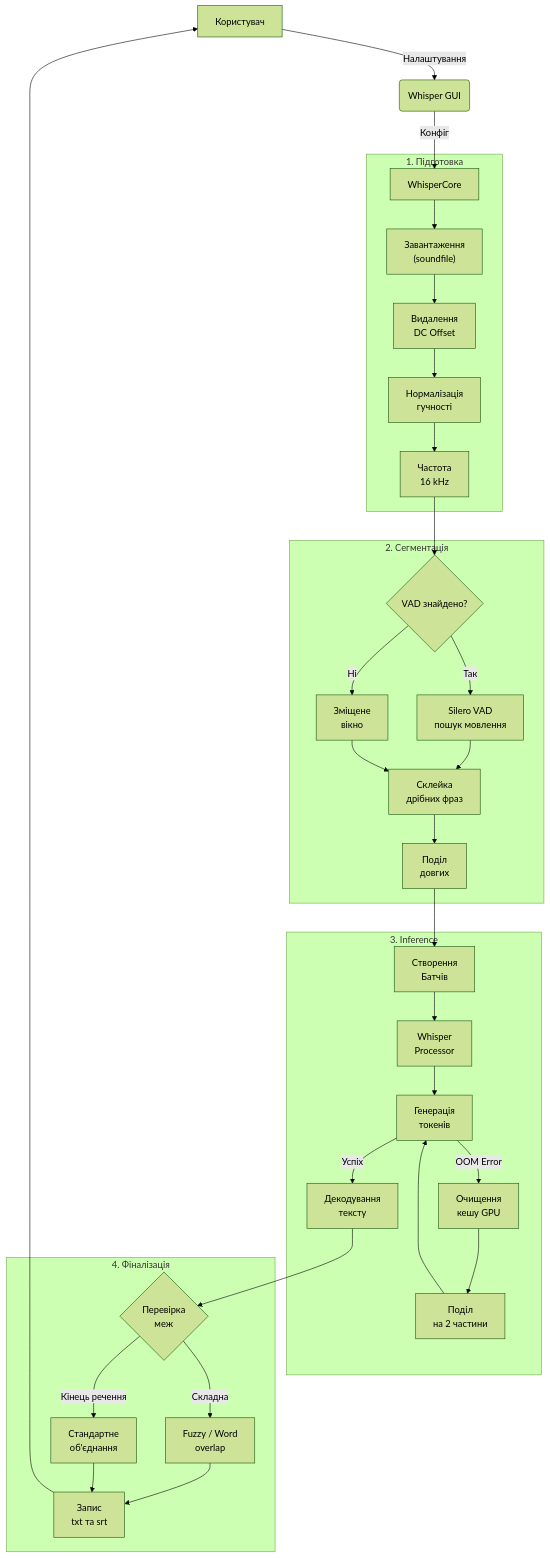
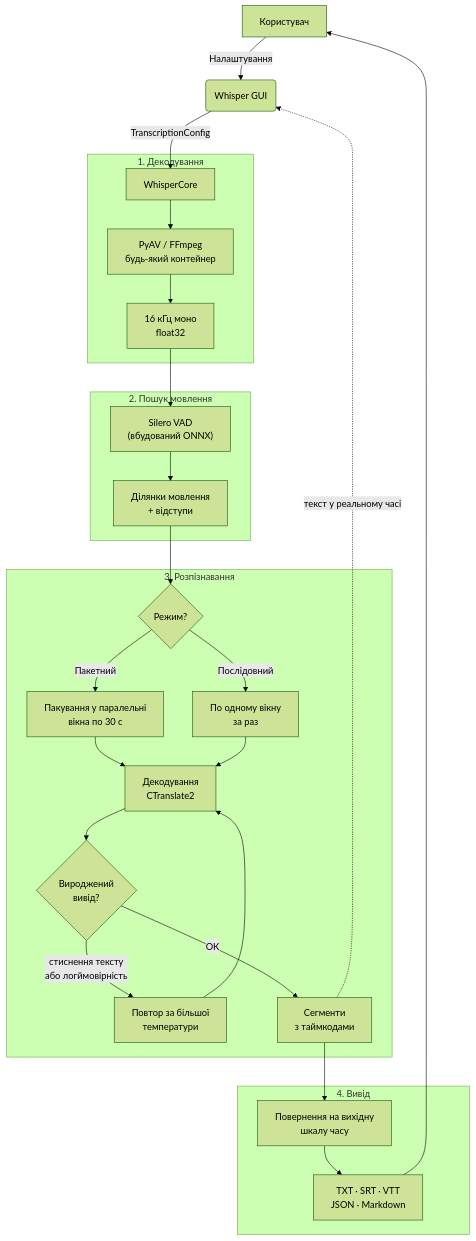
The first of 2 diagrams in README.uk.md (Anim-2022/Whisper), drawn with Mermaid (forest theme) before and after one commit. The commit also changed other lines of this file and 4 other files, not shown here.

````diff
--- a/README.uk.md
+++ b/README.uk.md
@@ -128,44 +167,35 @@
 ```mermaid
 graph TD
     A["Користувач"] -->|"Налаштування"| B("Whisper GUI")
-    B -->|"Конфіг"| C["WhisperCore"]
-    
-    subgraph step1 ["1. Підготовка"]
-        C --> D["Завантаження<br/>(soundfile)"]
-        D --> E["Видалення<br/>DC Offset"]
-        E --> F["Нормалізація<br/>гучності"]
-        F --> G["Частота<br/>16 kHz"]
+    B -->|"TranscriptionConfig"| C["WhisperCore"]
+
+    subgraph step1 ["1. Декодування"]
+        C --> D["PyAV / FFmpeg<br/>будь-який контейнер"]
+        D --> E["16 кГц моно<br/>float32"]
     end
-    
-    subgraph step2 ["2. Сегментація"]
-        G --> H{"VAD знайдено?"}
-        H -->|"Так"| I["Silero VAD<br/>пошук мовлення"]
-        H -->|"Ні"| J["Зміщене<br/>вікно"]
-        I --> K["Склейка<br/>дрібних фраз"]
+
+    subgraph step2 ["2. Пошук мовлення"]
+        E --> F["Silero VAD<br/>(вбудований ONNX)"]
+        F --> G["Ділянки мовлення<br/>+ відступи"]
+    end
+
+    subgraph step3 ["3. Розпізнавання"]
+        G --> H{"Режим?"}
+        H -->|"Пакетний"| I["Пакування у паралельні<br/>вікна по 30 с"]
+        H -->|"Послідовний"| J["По одному вікну<br/>за раз"]
+        I --> K["Декодування<br/>CTranslate2"]
         J --> K
-        K --> L["Поділ<br/>довгих"]
+        K --> L{"Вироджений<br/>вивід?"}
+        L -->|"стиснення тексту<br/>або логймовірність"| M["Повтор за більшої<br/>температури"]
+        M --> K
+        L -->|"ОК"| N["Сегменти<br/>з таймкодами"]
     end
-    
-    subgraph step3 ["3. Inference"]
-        L --> M["Створення<br/>Батчів"]
-        M --> N["Whisper<br/>Processor"]
-        N --> O["Генерація<br/>токенів"]
-        
-        O -->|"OOM Error"| P["Очищення<br/>кешу GPU"]
-        P --> Q["Поділ<br/>на 2 частини"]
-        Q --> O
-        
-        O -->|"Успіх"| R["Декодування<br/>тексту"]
+
+    subgraph step4 ["4. Вивід"]
+        N --> O["Повернення на вихідну<br/>шкалу часу"]
+        O --> P["TXT · SRT · VTT<br/>JSON · Markdown"]
     end
-    
-    subgraph step4 ["4. Фіналізація"]
-        R --> S{"Перевірка<br/>меж"}
-        S -->|"Складна"| T["Fuzzy / Word<br/>overlap"]
-        S -->|"Кінець речення"| U["Стандартне<br/>об'єднання"]
-        T --> V
-        U --> V
-        V["Запис<br/>txt та srt"]
-    end
-    
-    V --> A
+
+    P --> A
+    N -.->|"текст у реальному часі"| B
 ```
````
